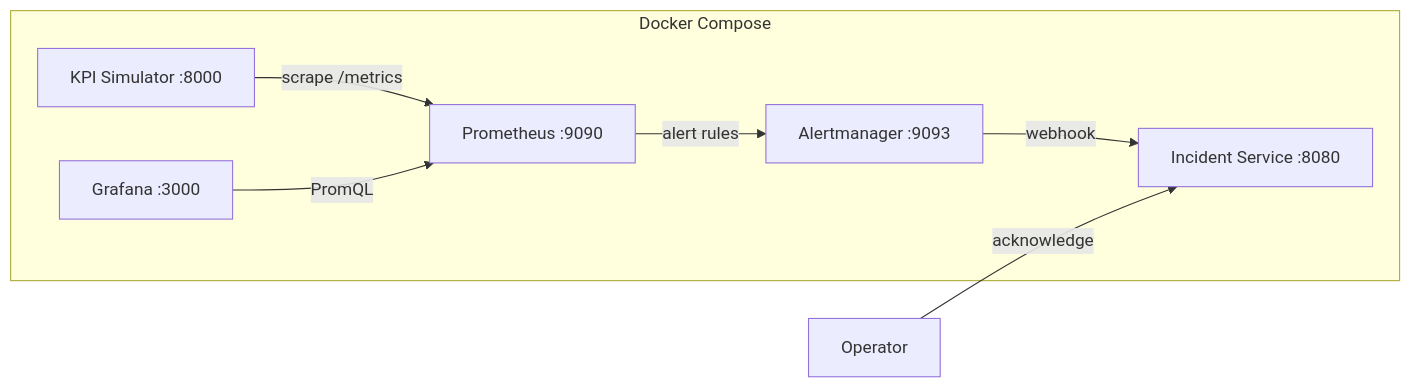
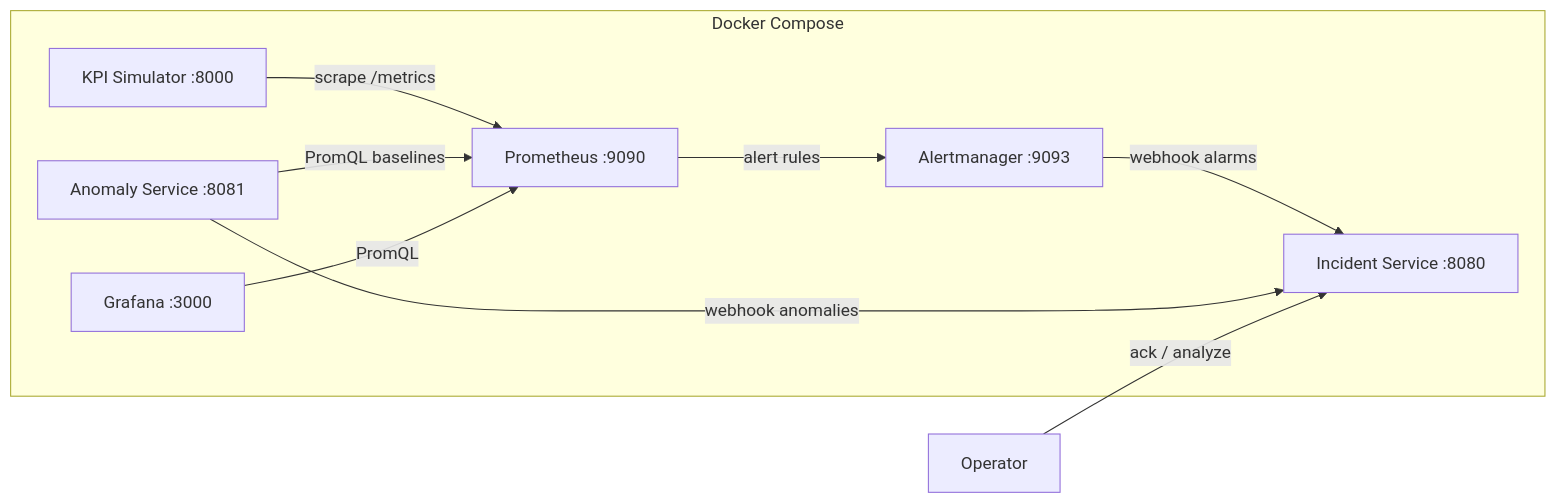
The diagram in README.md (plsmith67/milewire-telecom-oss-observability), drawn with Mermaid before and after one commit. The commit also changed other lines of this file and 42 other files, not shown here.

````diff
--- a/README.md
+++ b/README.md
@@ -7,15 +9,18 @@
 ```mermaid
 flowchart LR
   subgraph compose [Docker Compose]
     Sim[KPI Simulator :8000]
     Prom[Prometheus :9090]
     Am[Alertmanager :9093]
+    Ano[Anomaly Service :8081]
     Inc[Incident Service :8080]
     Graf[Grafana :3000]
   end
   Sim -->|"scrape /metrics"| Prom
   Prom -->|"alert rules"| Am
-  Am -->|"webhook"| Inc
+  Am -->|"webhook alarms"| Inc
+  Ano -->|"PromQL baselines"| Prom
+  Ano -->|"webhook anomalies"| Inc
   Graf -->|"PromQL"| Prom
-  Ops[Operator] -->|"acknowledge"| Inc
+  Ops[Operator] -->|"ack / analyze"| Inc
 ```
````
